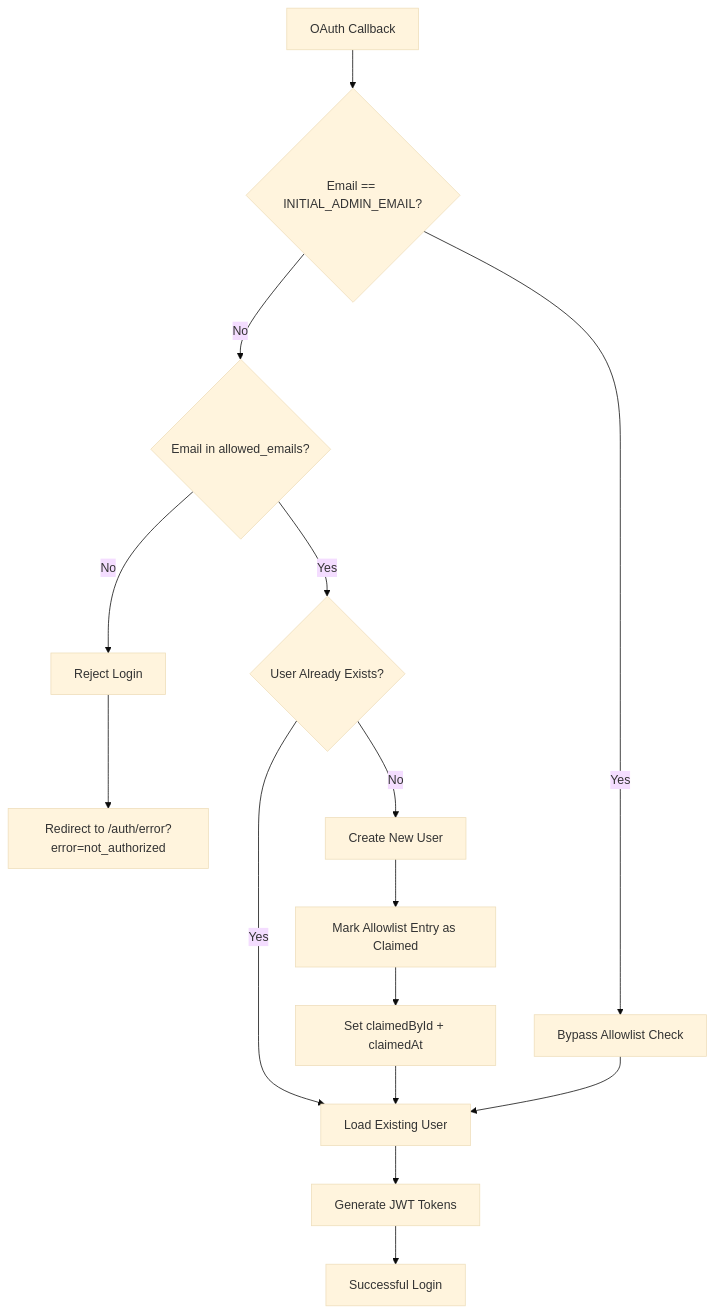
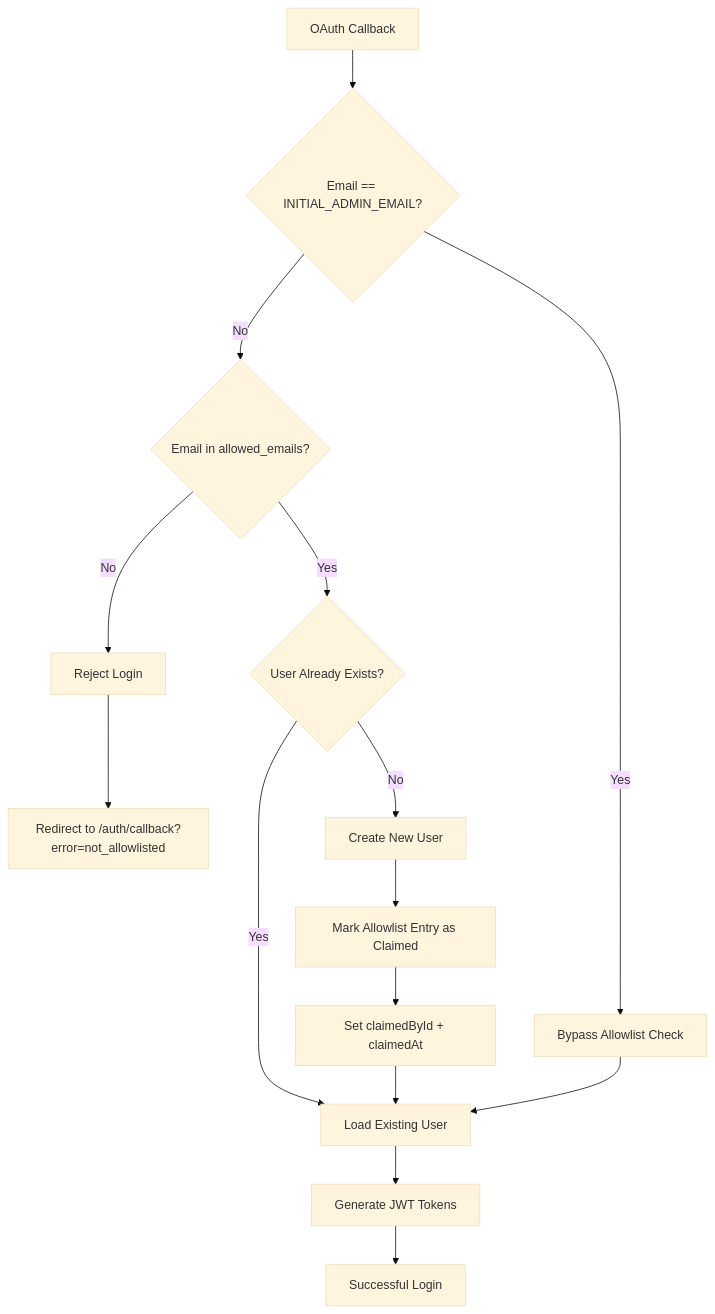
The sixth of 8 diagrams in docs/SECURITY-ARCHITECTURE.md (marinoscar/kvox), drawn with Mermaid (base theme) before and after one commit. The commit also changed other lines of this file and 18 other files, not shown here.

````diff
--- a/docs/SECURITY-ARCHITECTURE.md
+++ b/docs/SECURITY-ARCHITECTURE.md
@@ -462,17 +461,17 @@
 ```mermaid
 flowchart TD
     A[OAuth Callback] --> B{Email == INITIAL_ADMIN_EMAIL?}
     B -->|Yes| J[Bypass Allowlist Check]
     B -->|No| C{Email in allowed_emails?}
     C -->|No| D[Reject Login]
-    D --> E[Redirect to /auth/error?error=not_authorized]
+    D --> E[Redirect to /auth/callback?error=not_allowlisted]
     C -->|Yes| F{User Already Exists?}
     F -->|Yes| K[Load Existing User]
     F -->|No| G[Create New User]
     G --> H[Mark Allowlist Entry as Claimed]
     H --> I[Set claimedById + claimedAt]
     I --> K
     J --> K
     K --> L[Generate JWT Tokens]
     L --> M[Successful Login]
 ```
````
